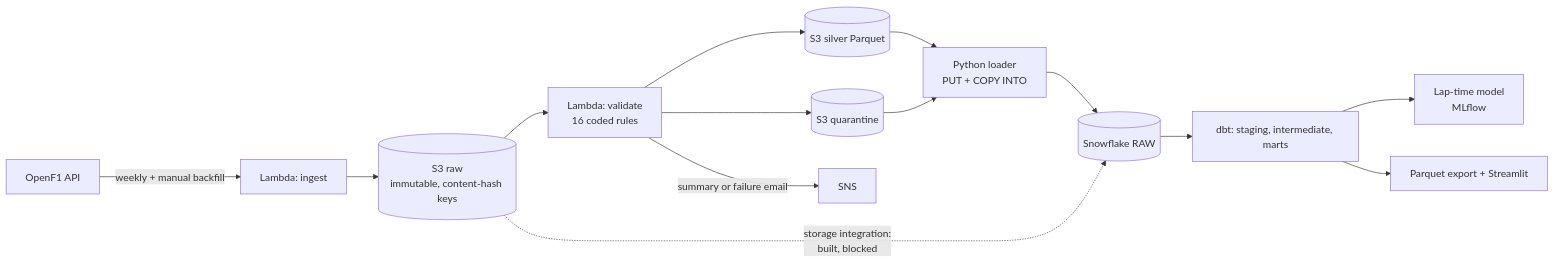
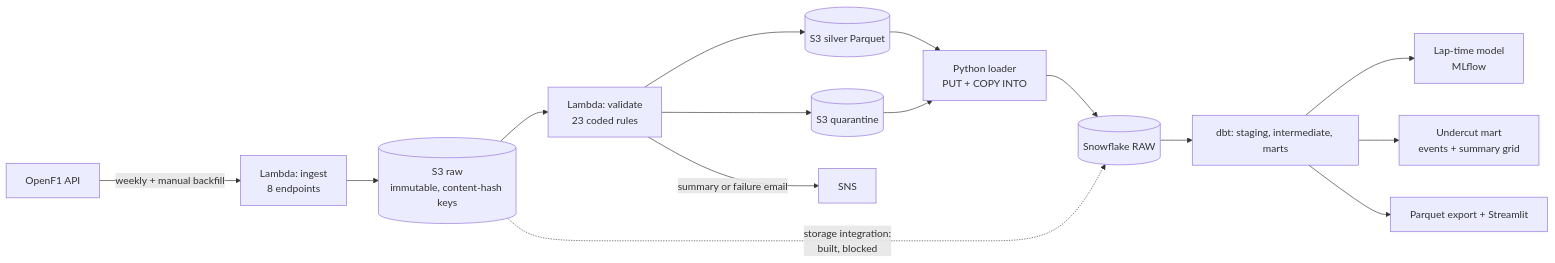
The diagram in README.md (SharlEclair/f1-pitwall-platform), drawn with Mermaid before and after one commit. The commit also changed other lines of this file and 71 other files, not shown here.

````diff
--- a/README.md
+++ b/README.md
@@ -24,16 +24,17 @@
 ```mermaid
 flowchart LR
-  A[OpenF1 API] -->|weekly + manual backfill| B[Lambda: ingest]
+  A[OpenF1 API] -->|weekly + manual backfill| B[Lambda: ingest<br/>8 endpoints]
   B --> C[(S3 raw<br/>immutable, content-hash keys)]
-  C --> D[Lambda: validate<br/>16 coded rules]
+  C --> D[Lambda: validate<br/>23 coded rules]
   D --> E[(S3 silver Parquet)]
   D --> F[(S3 quarantine)]
   D -->|summary or failure email| G[SNS]
   E --> L[Python loader<br/>PUT + COPY INTO]
   F --> L
   L --> H[(Snowflake RAW)]
   H --> I[dbt: staging, intermediate, marts]
   I --> J[Lap-time model<br/>MLflow]
+  I --> M[Undercut mart<br/>events + summary grid]
   I --> K[Parquet export + Streamlit]
   C -.->|storage integration:<br/>built, blocked| H
 ```
````
